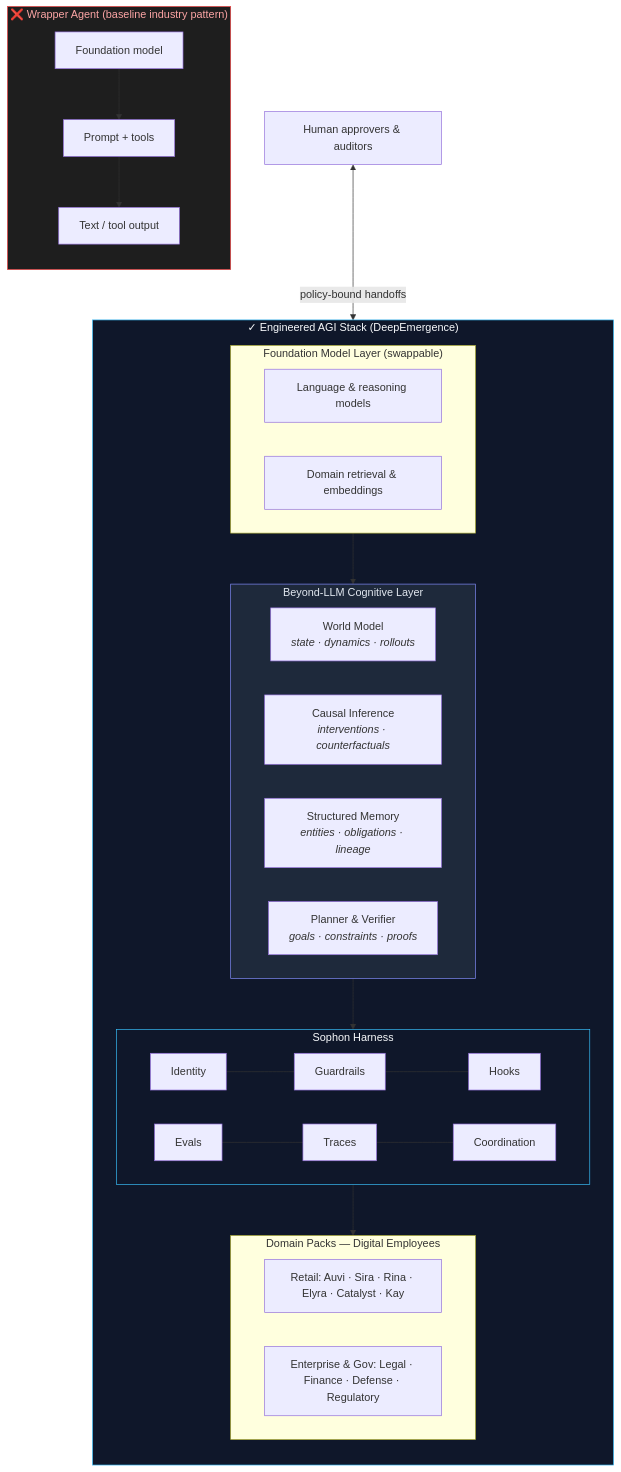
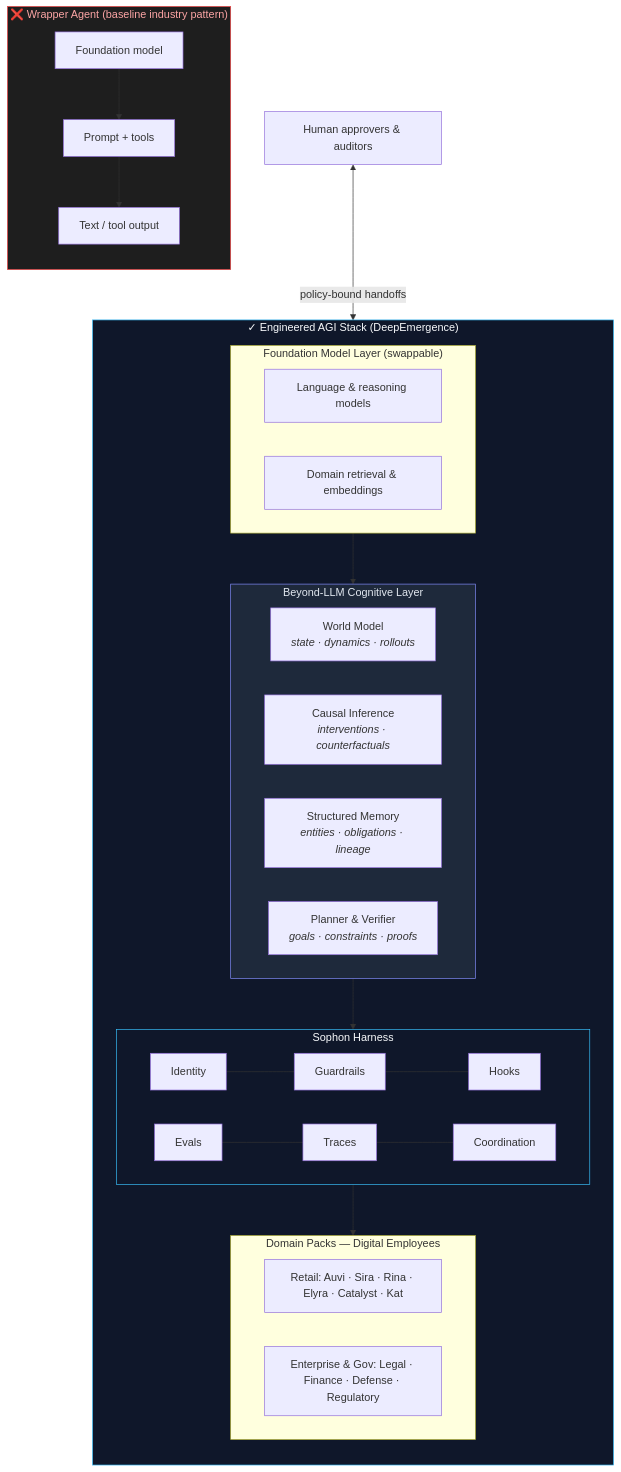
One commit to DeepEmergence/de-pitch-deck changed the first of 5 diagrams in architecture.md. Above: the diagram before and after it, drawn with Mermaid. The commit also changed 8 other files, not shown here.

````diff
--- a/architecture.md
+++ b/architecture.md
@@ -32,49 +32,49 @@
 ```mermaid
 flowchart TB
     subgraph WRAPPER["❌ Wrapper Agent (baseline industry pattern)"]
         direction TB
         W_LLM["Foundation model"]
         W_PROMPT["Prompt + tools"]
         W_OUT["Text / tool output"]
         W_LLM --> W_PROMPT --> W_OUT
     end
 
     subgraph ENGINEERED["✓ Engineered AGI Stack (DeepEmergence)"]
         direction TB
 
         subgraph COGNITIVE["Beyond-LLM Cognitive Layer"]
             direction LR
             WM["World Model<br/><i>state · dynamics · rollouts</i>"]
             CI["Causal Inference<br/><i>interventions · counterfactuals</i>"]
             MEM["Structured Memory<br/><i>entities · obligations · lineage</i>"]
             PLAN["Planner & Verifier<br/><i>goals · constraints · proofs</i>"]
         end
 
         subgraph MODEL["Foundation Model Layer (swappable)"]
             LLM["Language & reasoning models"]
             RM["Domain retrieval & embeddings"]
         end
 
         subgraph HARNESS["Sophon Harness"]
             direction LR
             ID["Identity"] --- GR["Guardrails"] --- HK["Hooks"]
             EV["Evals"] --- TR["Traces"] --- COORD["Coordination"]
         end
 
         subgraph PACKS["Domain Packs — Digital Employees"]
-            RETAIL["Retail: Auvi · Sira · Rina · Elyra · Catalyst · Kay"]
+            RETAIL["Retail: Auvi · Sira · Rina · Elyra · Catalyst · Kat"]
             ENT["Enterprise & Gov: Legal · Finance · Defense · Regulatory"]
         end
 
         MODEL --> COGNITIVE
         COGNITIVE --> HARNESS
         HARNESS --> PACKS
     end
 
     HUMAN["Human approvers & auditors"] <-->|"policy-bound handoffs"| PACKS
 
     style WRAPPER fill:#1e1e1e,stroke:#ef4444,color:#fca5a5
     style ENGINEERED fill:#0f172a,stroke:#38bdf8,color:#f8fafc
     style COGNITIVE fill:#1e293b,stroke:#818cf8,color:#e2e8f0
     style HARNESS fill:#0f172a,stroke:#38bdf8,color:#f8fafc
 ```
````
